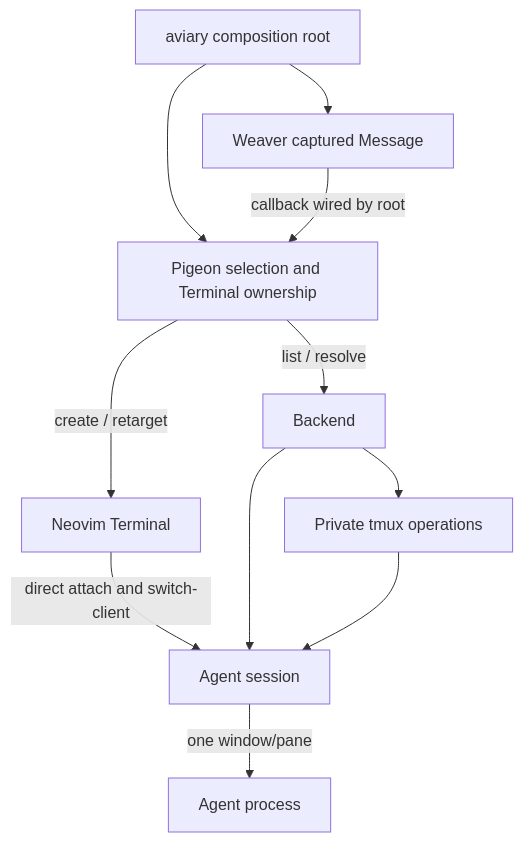
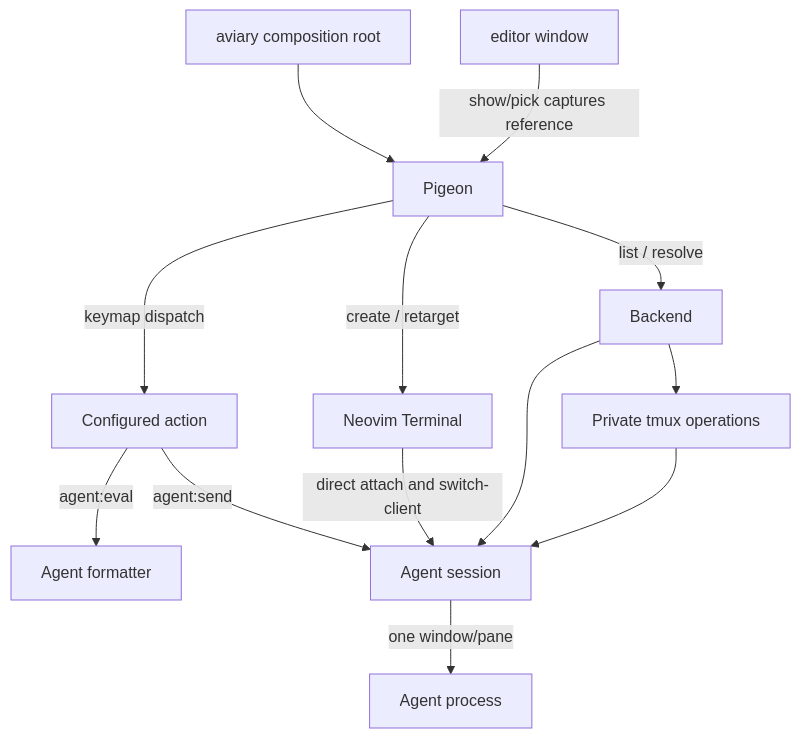
One commit to ZachVec/aviary.nvim changed the diagram in docs/pigeon/architecture.md. Above: the diagram before and after it, drawn with Mermaid. The commit also changed other lines of this file and 47 other files, not shown here.

First line of the commit message:
refactor(pigeon): replace Weaver with Pigeon actions

````diff
--- a/docs/pigeon/architecture.md
+++ b/docs/pigeon/architecture.md
@@ -3,13 +3,15 @@
 ```mermaid
 flowchart TD
-  Root[aviary composition root] --> Weaver[Weaver captured Message]
-  Root --> P[Pigeon selection and Terminal ownership]
-  Weaver -->|callback wired by root| P
+  Root[aviary composition root] --> P[Pigeon]
+  Editor[editor window] -->|show/pick captures reference| P
   P -->|list / resolve| B[Backend]
   P -->|create / retarget| T[Neovim Terminal]
+  P -->|keymap dispatch| Act[Configured action]
+  Act -->|agent:eval| F[Agent formatter]
+  Act -->|agent:send| S
   T -->|direct attach and switch-client| S[Agent session]
   B --> S
   B --> C[Private tmux operations]
   C --> S
   S -->|one window/pane| A[Agent process]
 ```
````
